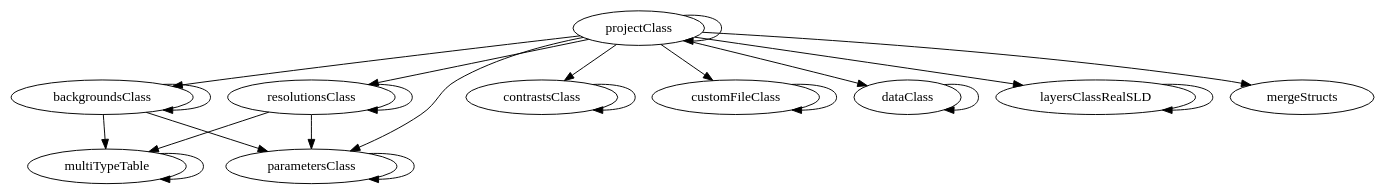
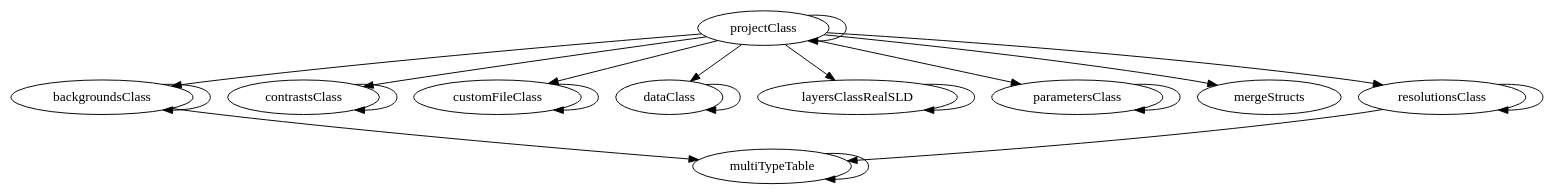
Before and after one commit to RascalSoftware/RAT: the diagram in master/api_reference/API/projectClass/graph.dot, drawn with Graphviz. The commit also changed 336 other files, not shown here.

```diff
--- a/master/api_reference/API/projectClass/graph.dot
+++ b/master/api_reference/API/projectClass/graph.dot
@@ -1,35 +1,33 @@
 /* Created by mdot for Matlab */
 digraph m2html {
   backgroundsClass -> backgroundsClass;
   backgroundsClass -> multiTypeTable;
-  backgroundsClass -> parametersClass;
   contrastsClass -> contrastsClass;
   customFileClass -> customFileClass;
   dataClass -> dataClass;
   layersClassRealSLD -> layersClassRealSLD;
   multiTypeTable -> multiTypeTable;
   parametersClass -> parametersClass;
   projectClass -> backgroundsClass;
   projectClass -> contrastsClass;
   projectClass -> customFileClass;
   projectClass -> dataClass;
   projectClass -> layersClassRealSLD;
   projectClass -> mergeStructs;
   projectClass -> parametersClass;
   projectClass -> projectClass;
   projectClass -> resolutionsClass;
   resolutionsClass -> multiTypeTable;
-  resolutionsClass -> parametersClass;
   resolutionsClass -> resolutionsClass;
 
   backgroundsClass [URL="backgroundsClass.html"];
   contrastsClass [URL="contrastsClass.html"];
   customFileClass [URL="customFileClass.html"];
   dataClass [URL="dataClass.html"];
   layersClassRealSLD [URL="layersClassRealSLD.html"];
   mergeStructs [URL="mergeStructs.html"];
   multiTypeTable [URL="multiTypeTable.html"];
   parametersClass [URL="parametersClass.html"];
   projectClass [URL="projectClass.html"];
   resolutionsClass [URL="resolutionsClass.html"];
 }
```
